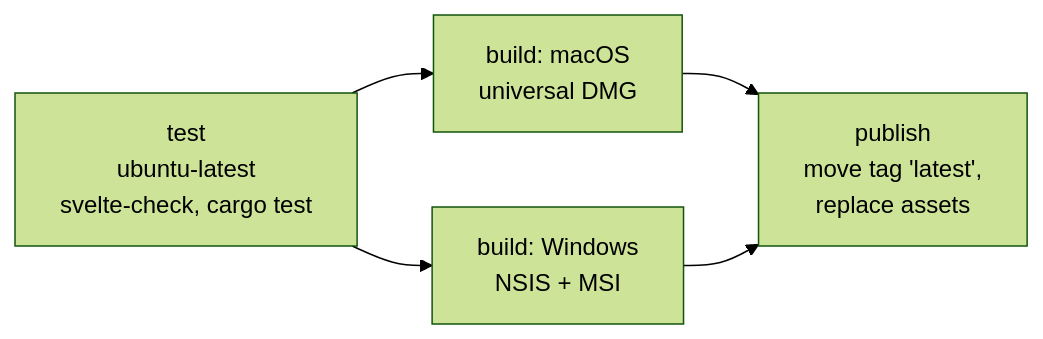
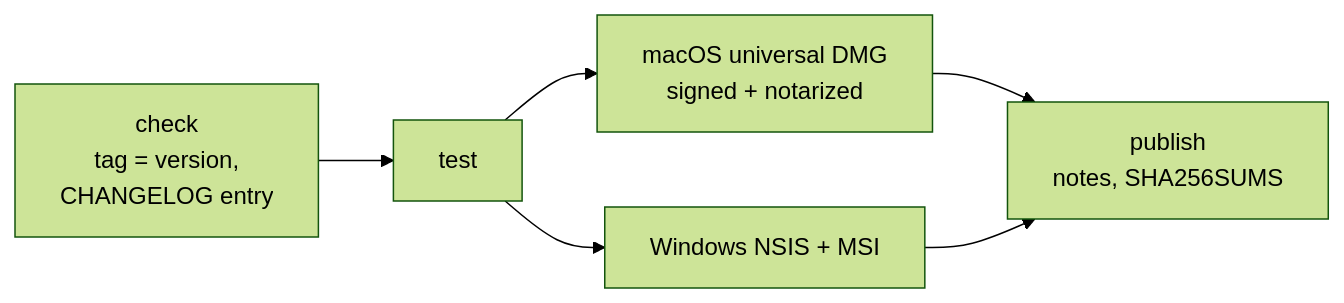
The diagram in docs/releasing.md (BTFLV/CRAZE), drawn with Mermaid (forest theme) before and after one commit. The commit also changed other lines of this file and 33 other files, not shown here.

````diff
--- a/docs/releasing.md
+++ b/docs/releasing.md
@@ -8,7 +11,8 @@
 ```mermaid
 flowchart LR
-    T["test<br/>ubuntu-latest<br/>svelte-check, cargo test"] --> M["build: macOS<br/>universal DMG"]
-    T --> W["build: Windows<br/>NSIS + MSI"]
-    M --> P["publish<br/>move tag 'latest',<br/>replace assets"]
+    C["check<br/>tag = version,<br/>CHANGELOG entry"] --> T["test"]
+    T --> M["macOS universal DMG<br/>signed + notarized"]
+    T --> W["Windows NSIS + MSI"]
+    M --> P["publish<br/>notes, SHA256SUMS"]
     W --> P
 ```
````
